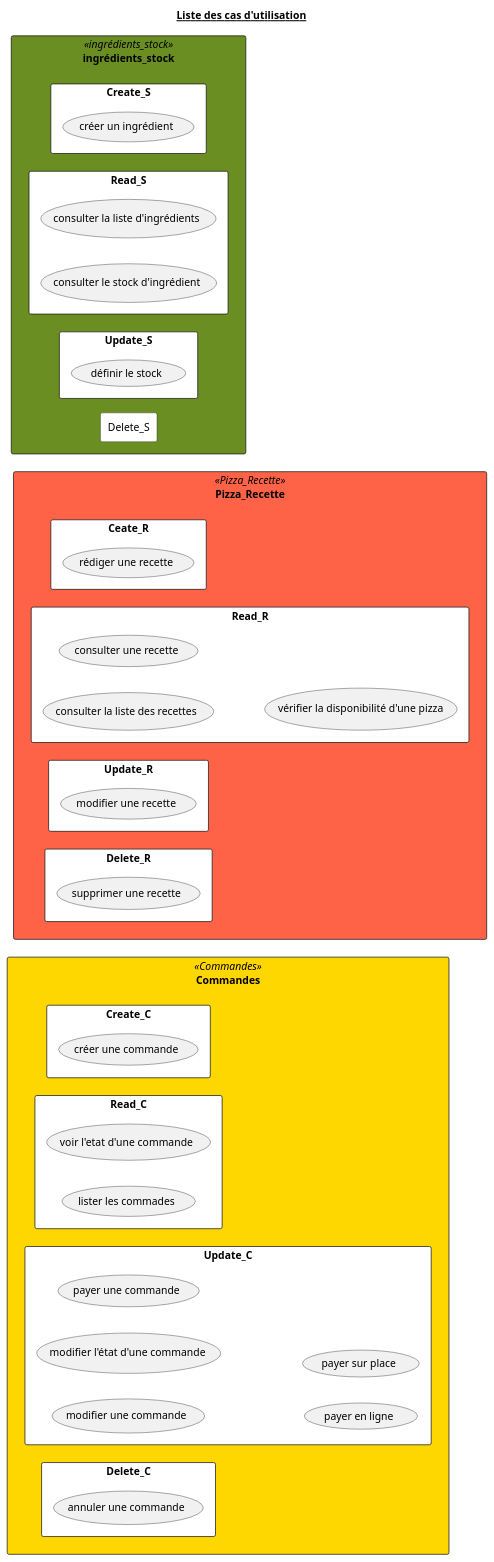
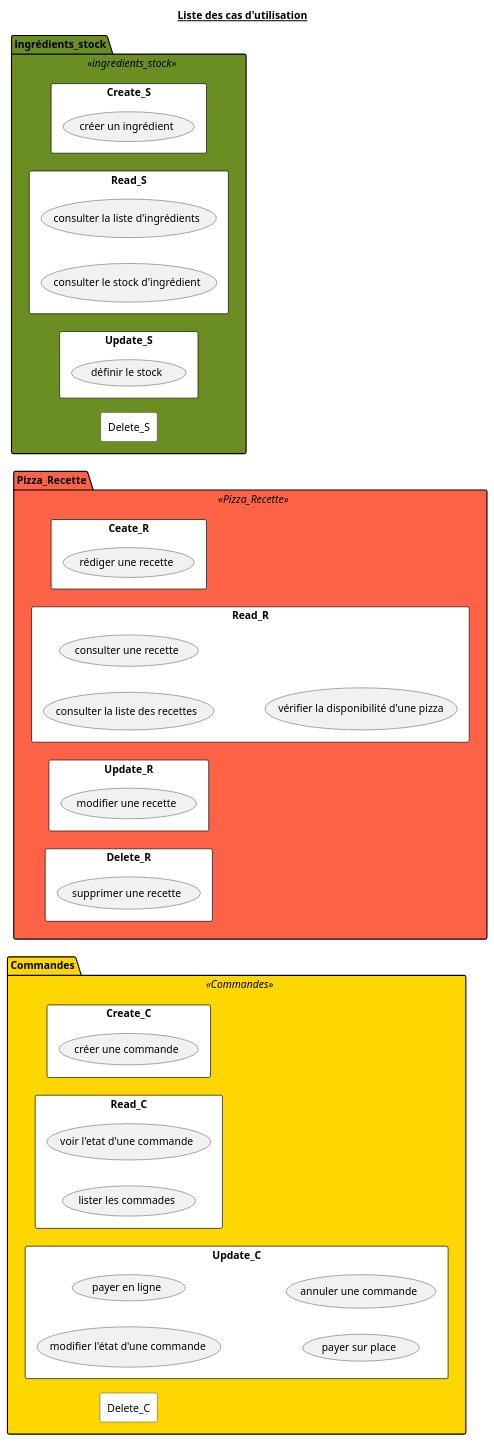
The diagram in doc/uml/0_ListUseCases.puml (Zepmanbc/oc_dapython_pr4), drawn with PlantUML before and after one commit. The commit also changed 24 other files, not shown here.

```diff
--- a/doc/uml/0_ListUseCases.puml
+++ b/doc/uml/0_ListUseCases.puml
@@ -1,100 +1,97 @@
-@startuml ListUseCases
+@startuml 0_ListUseCases
 
 title <u>Liste des cas d'utilisation</u>
 
 'Create
 'Read
 'Update
 'Delete
 
-skinparam rectangle {
-    backgroundColor White
+skinparam package {
     backgroundColor<<Commandes>> Gold
     backgroundColor<<Pizza_Recette>> Tomato
-    backgroundColor<<ingrédients_stock>> OliveDrab
+    backgroundColor<<ingredients_stock>> OliveDrab
+}
+skinparam rectangle{
+    backgroundColor White
+}
 
-}
 ' COMMANDES
-rectangle Commandes <<Commandes>> {
+package Commandes <<Commandes>> {
     left to right direction
     rectangle Create_C {
         (créer une commande) AS CREATE_CMD
     }
     rectangle Read_C {
         (voir l'etat d'une commande) AS SHOW_STATE_CMD
         (lister les commades) AS LIST_CMD
     }
     rectangle Update_C {
-        (modifier une commande) AS MODIFY_CMD
         (modifier l'état d'une commande) AS MODIFY_STATE_CMD
-        (payer une commande) AS PAY_CMD
         (payer en ligne) AS PAY_ONLINE_CMD
         (payer sur place) AS PAY_STORE_CMD
+        (annuler une commande) AS CANCEL_CMD
     }
     rectangle Delete_C {
-        (annuler une commande) AS CANCEL_CMD
     }
 }
 
 ' RECETTE
 
-rectangle Pizza_Recette <<Pizza_Recette>> {
+package Pizza_Recette <<Pizza_Recette>> {
     rectangle Ceate_R {
         (rédiger une recette) AS CREATE_RECIPE
     }
     rectangle Read_R {
         (consulter la liste des recettes) AS LIST_RECIPE
         (consulter une recette) AS SHOW_RECIPE
         (vérifier la disponibilité d'une pizza) AS AVAIL_RECIPE
     }
     rectangle Update_R {
         (modifier une recette) AS MODIFY_RECIPE
     }
     rectangle Delete_R {
         (supprimer une recette) AS DEL_RECIPE
     }
 }
 
 ' INGREDIENTS
-rectangle ingrédients_stock <<ingrédients_stock>> {
+package ingrédients_stock <<ingredients_stock>> {
     rectangle Create_S{
         (créer un ingrédient) AS CREATE_ITEM
     }
     rectangle Read_S {
         (consulter la liste d'ingrédients) AS LIST_ITEM
         (consulter le stock d'ingrédient) AS SHOW_ITEM
     }
     rectangle Update_S {
         (définir le stock) AS SET_ITEN
     }
     rectangle Delete_S{
-
     }
 }
 
 ' 'COMMANDES
 '     (créer une commande) AS CREATE_CMD
 '     (lister les commades) AS LIST_CMD
 '     (voir l'etat d'une commande) AS SHOW_STATE_CMD
-'     (modifier une commande) AS MODIFY_CMD
 '     (modifier l'état d'une commande) AS MODIFY_STATE_CMD
-'     (payer une commande) AS PAY_CMD
 '     (payer en ligne) AS PAY_ONLINE_CMD
 '     (payer sur place) AS PAY_STORE_CMD
 '     (annuler une commande) AS CANCEL_CMD
 
 ' ' RECETTE
 '     (rédiger une recette) AS CREATE_RECIPE
 '     (consulter la liste des recettes) AS LIST_RECIPE
 '     (consulter une recette) AS SHOW_RECIPE
 '     (vérifier la disponibilité d'une pizza) AS AVAIL_RECIPE
 '     (modifier une recette) AS MODIFY_RECIPE
 '     (supprimer une recette) AS DEL_RECIPE
 
 ' ' INGREDIENTS
 '     (créer un ingrédient) AS CREATE_ITEM
 '     (consulter la liste d'ingrédients) AS LIST_ITEM
 '     (consulter le stock d'ingrédient) AS SHOW_ITEM
 '     (définir le stock) AS SET_ITEN
 
 @enduml
```
